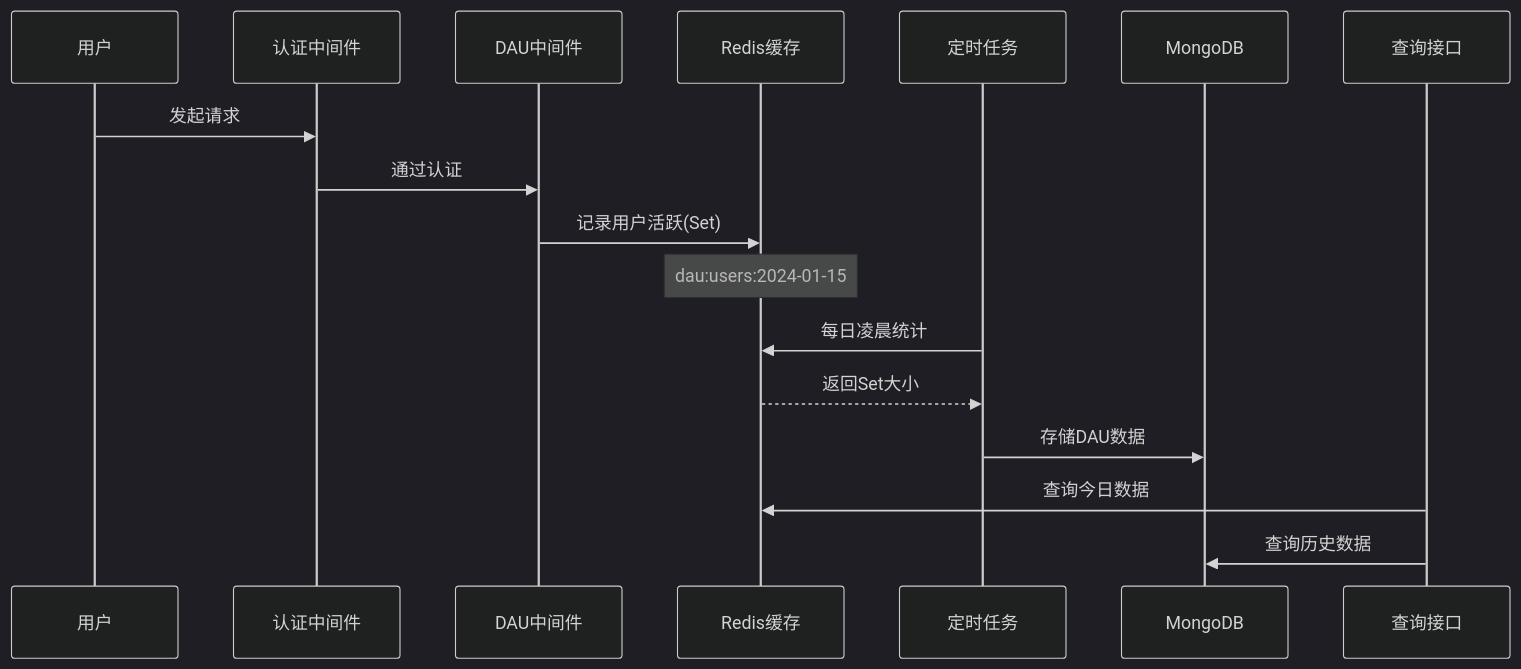
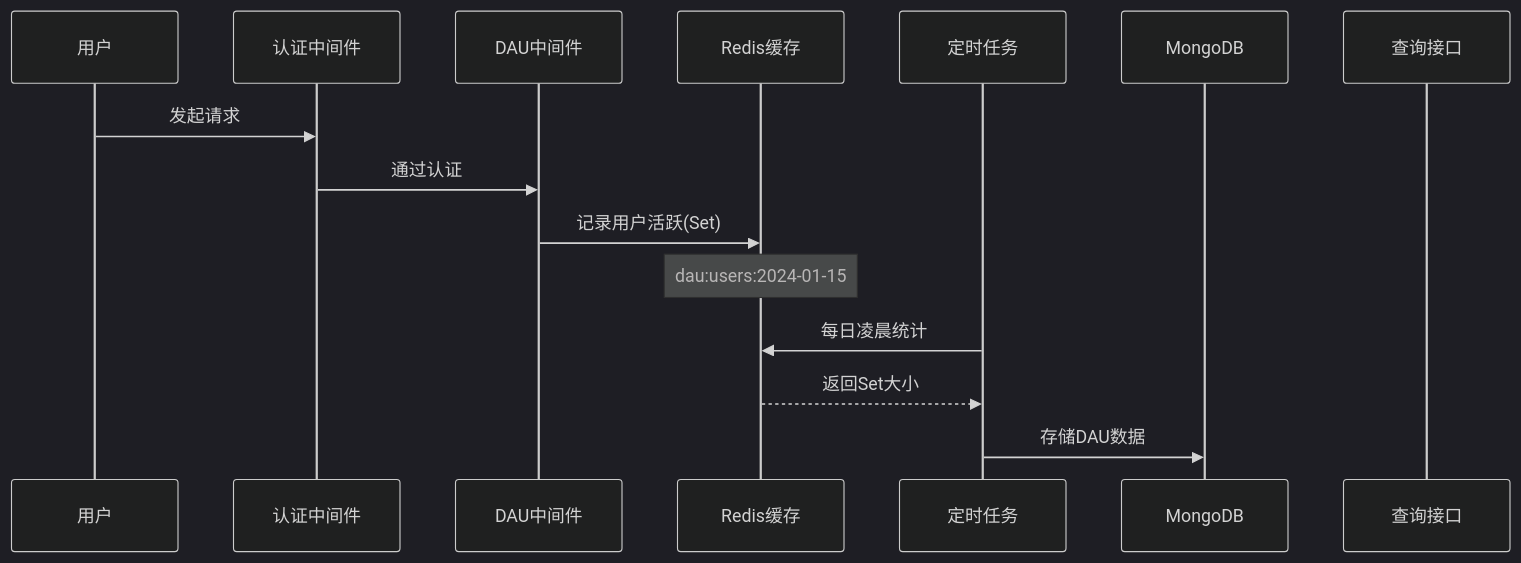
The diagram in all/未命名-77.md (yingjianzh/iodraw-files), drawn with Mermaid (dark theme) before and after one commit.

Commit message:
2025-07-08 14:00:23 update

````diff
--- a/all/未命名-77.md
+++ b/all/未命名-77.md
@@ -1,22 +1,20 @@
 ```mermaid
 sequenceDiagram
     participant User as 用户
     participant Auth as 认证中间件
     participant DAU as DAU中间件
     participant Redis as Redis缓存
     participant Task as 定时任务
     participant DB as MongoDB
     participant API as 查询接口
     
     User->>Auth: 发起请求
     Auth->>DAU: 通过认证
     DAU->>Redis: 记录用户活跃(Set)
     Note over Redis: dau:users:2024-01-15
     
     Task->>Redis: 每日凌晨统计
     Redis-->>Task: 返回Set大小
     Task->>DB: 存储DAU数据
-    
-    API->>Redis: 查询今日数据
-    API->>DB: 查询历史数据
+   
 ```
````
